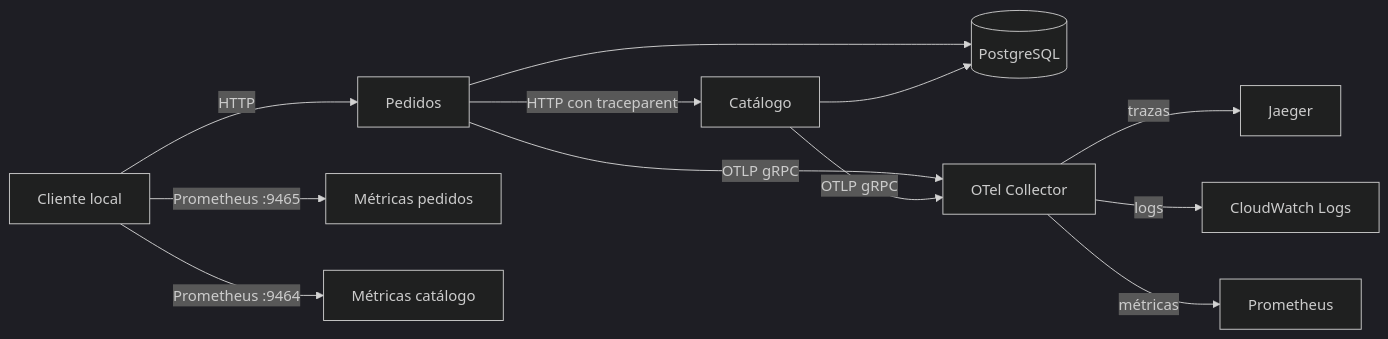
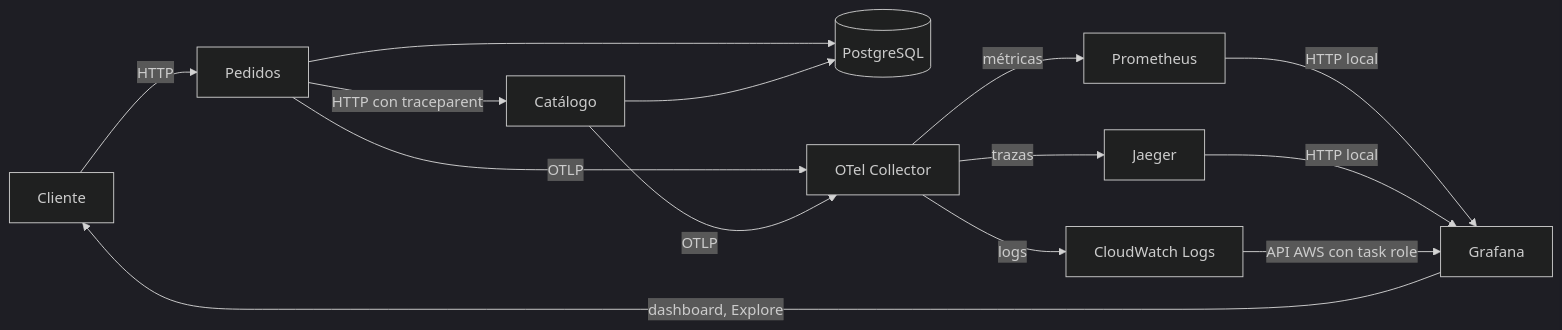
One commit to json-fuquene/pipeline-otel-e2e changed the diagram in specs/ID-002-observabilidad-otel/00-plan-general.md. Above: the diagram before and after it, drawn with Mermaid (dark theme). The commit also changed other lines of this file and 31 other files, not shown here.

````diff
--- a/specs/ID-002-observabilidad-otel/00-plan-general.md
+++ b/specs/ID-002-observabilidad-otel/00-plan-general.md
@@ -25,14 +25,16 @@
 ```mermaid
 flowchart LR
-  C[Cliente local] -->|HTTP| O[Pedidos]
+  U[Cliente] -->|HTTP| O[Pedidos]
   O -->|HTTP con traceparent| K[Catálogo]
   O --> DB[(PostgreSQL)]
   K --> DB
-  O -->|OTLP gRPC| OT[OTel Collector]
-  K -->|OTLP gRPC| OT
+  O -->|OTLP| OT[OTel Collector]
+  K -->|OTLP| OT
   OT -->|trazas| J[Jaeger]
+  OT -->|métricas| P[Prometheus]
   OT -->|logs| CW[CloudWatch Logs]
-  OT -->|métricas| P[Prometheus]
-  C -->|Prometheus :9465| OM[Métricas pedidos]
-  C -->|Prometheus :9464| CM[Métricas catálogo]
+  P -->|HTTP local| G[Grafana]
+  J -->|HTTP local| G
+  CW -->|API AWS con task role| G
+  G -->|dashboard, Explore| U
 ```
````
